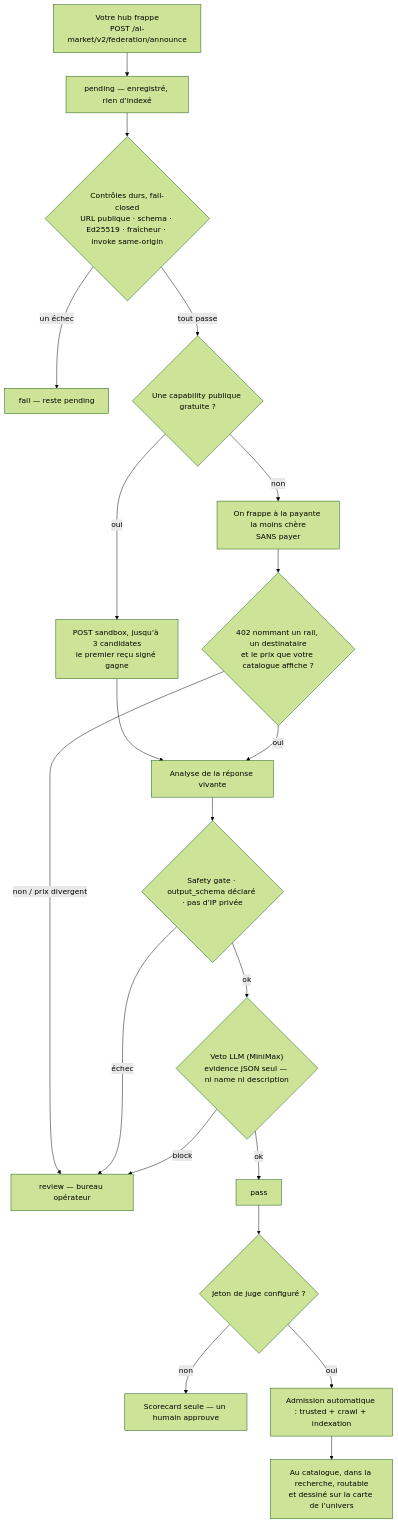
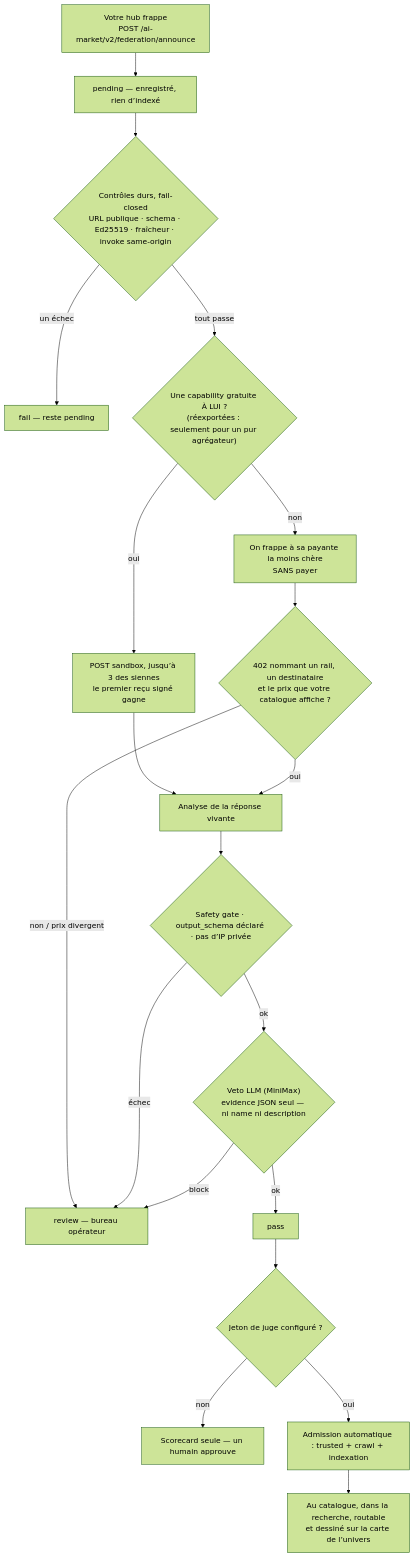
Before and after one commit to alexar76/aicom: the first of 2 diagrams in docs/join-the-federation.fr.md, drawn with Mermaid (forest theme). The commit also changed other lines of this file and 496 other files, not shown here.

````diff
--- a/docs/join-the-federation.fr.md
+++ b/docs/join-the-federation.fr.md
@@ -74,22 +84,22 @@
 ```mermaid
 flowchart TD
     A["Votre hub frappe<br/>POST /ai-market/v2/federation/announce"] --> C["pending — enregistré, rien d’indexé"]
     C --> E{"Contrôles durs, fail-closed<br/>URL publique · schema · Ed25519 · fraîcheur · invoke same-origin"}
     E -- "un échec" --> F["fail — reste pending"]
-    E -- "tout passe" --> G{"Une capability publique gratuite ?"}
-    G -- "oui" --> H["POST sandbox, jusqu’à 3 candidates<br/>le premier reçu signé gagne"]
-    G -- "non" --> I["On frappe à la payante la moins chère<br/>SANS payer"]
+    E -- "tout passe" --> G{"Une capability gratuite À LUI ?<br/>(réexportées : seulement pour un pur agrégateur)"}
+    G -- "oui" --> H["POST sandbox, jusqu’à 3 des siennes<br/>le premier reçu signé gagne"]
+    G -- "non" --> I["On frappe à sa payante la moins chère<br/>SANS payer"]
     I --> J{"402 nommant un rail, un destinataire<br/>et le prix que votre catalogue affiche ?"}
     H --> K["Analyse de la réponse vivante"]
     J -- "oui" --> K
     J -- "non / prix divergent" --> R["review — bureau opérateur"]
     K --> L{"Safety gate · output_schema déclaré · pas d’IP privée"}
     L -- "échec" --> R
     L -- "ok" --> M{"Veto LLM (MiniMax)<br/>evidence JSON seul — ni name ni description"}
     M -- "block" --> R
     M -- "ok" --> N["pass"]
     N --> O{"Jeton de juge configuré ?"}
     O -- "non" --> P["Scorecard seule — un humain approuve"]
     O -- "oui" --> Q["Admission automatique : trusted + crawl + indexation"]
     Q --> S["Au catalogue, dans la recherche, routable<br/>et dessiné sur la carte de l’univers"]
 ```
````
